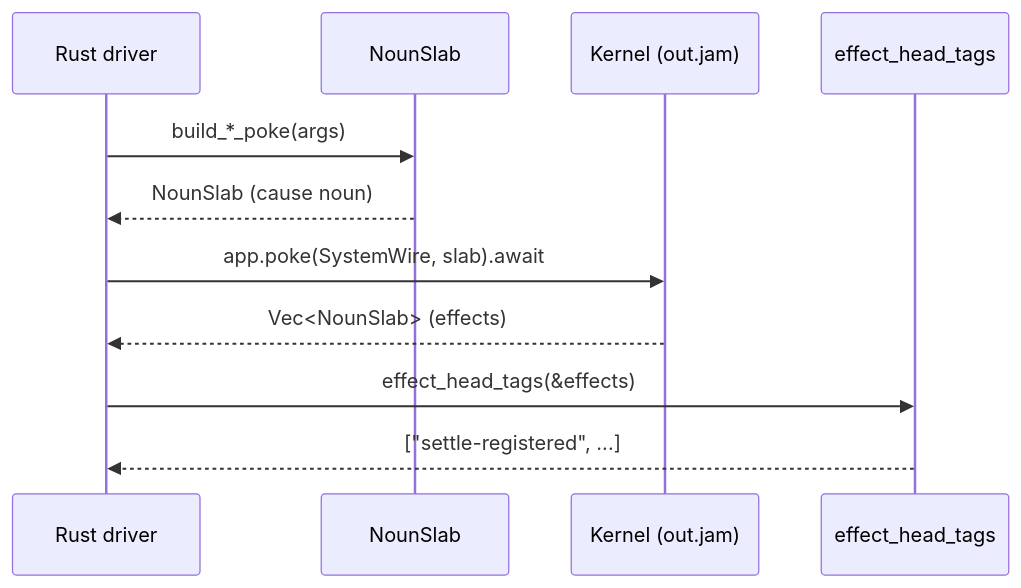
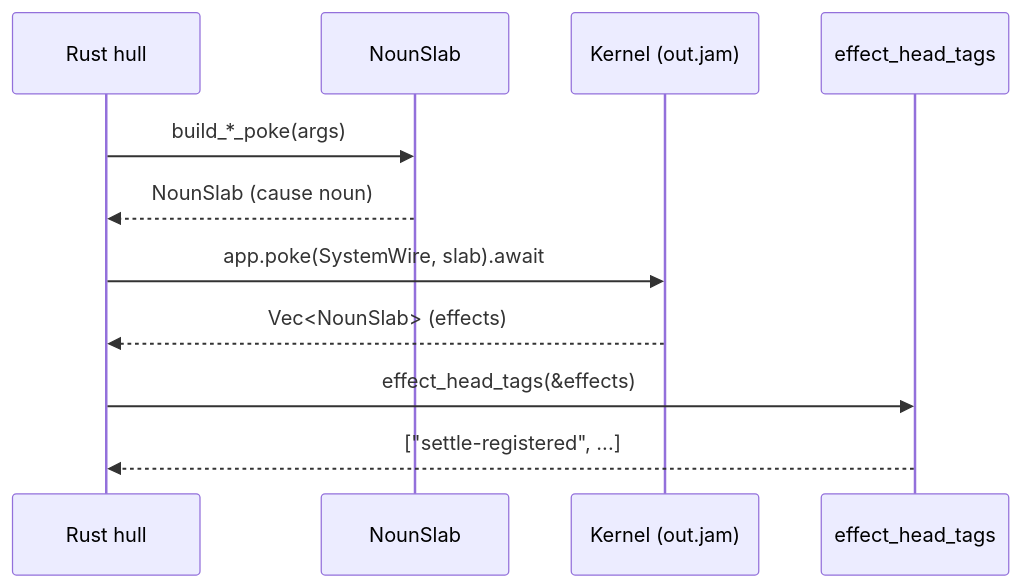
The diagram in docs/build/hull.md (zkvesl/docs), drawn with Mermaid before and after one commit. The commit also changed other lines of this file and 7 other files, not shown here.

````diff
--- a/docs/build/hull.md
+++ b/docs/build/hull.md
@@ -11,14 +11,14 @@
 ```mermaid
 sequenceDiagram
-    participant driver as Rust driver
+    participant hull as Rust hull
     participant slab as NounSlab
     participant kernel as Kernel (out.jam)
     participant tags as effect_head_tags
 
-    driver->>slab: build_*_poke(args)
-    slab-->>driver: NounSlab (cause noun)
-    driver->>kernel: app.poke(SystemWire, slab).await
-    kernel-->>driver: Vec<NounSlab> (effects)
-    driver->>tags: effect_head_tags(&effects)
-    tags-->>driver: ["settle-registered", ...]
+    hull->>slab: build_*_poke(args)
+    slab-->>hull: NounSlab (cause noun)
+    hull->>kernel: app.poke(SystemWire, slab).await
+    kernel-->>hull: Vec<NounSlab> (effects)
+    hull->>tags: effect_head_tags(&effects)
+    tags-->>hull: ["settle-registered", ...]
 ```
````
